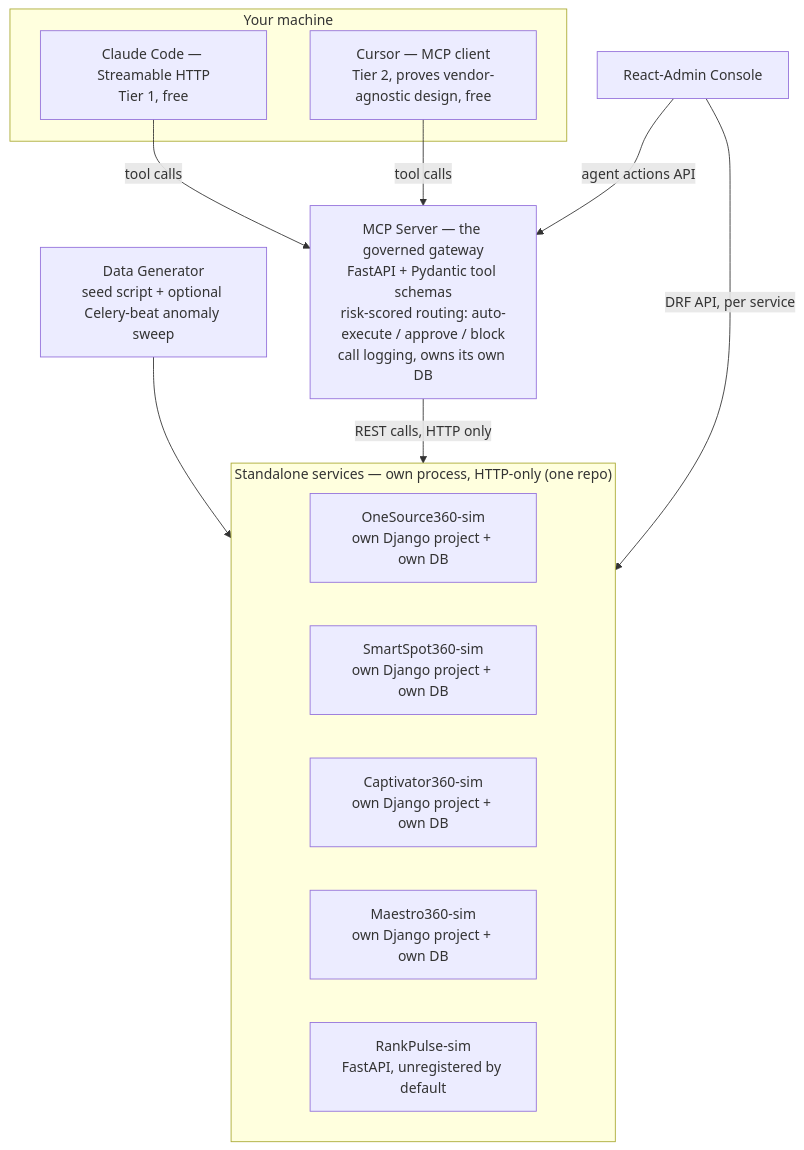
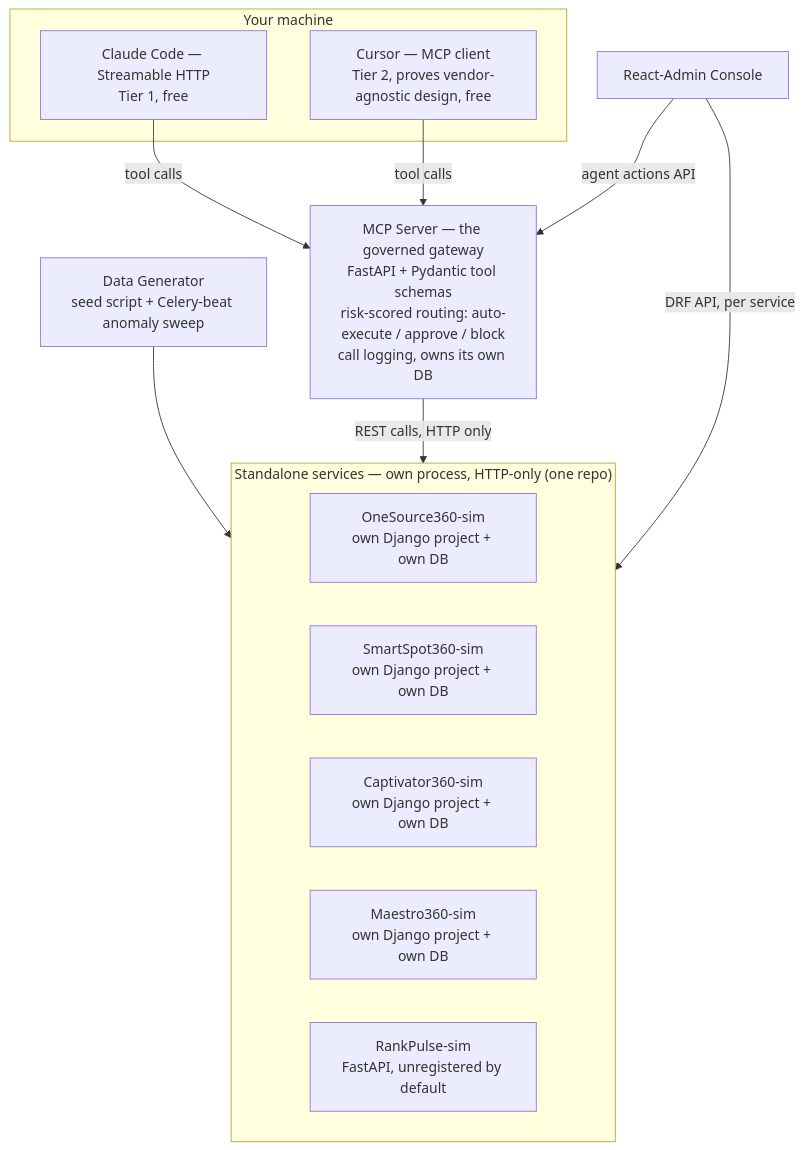
One commit to jeremys26/agentic-demo changed the diagram in PLANNING.md. Above: the diagram before and after it, drawn with Mermaid. The commit also changed other lines of this file and 60 other files, not shown here.

````diff
--- a/PLANNING.md
+++ b/PLANNING.md
@@ -87,25 +87,25 @@
 ```mermaid
 flowchart TB
     subgraph ClaudeSide["Your machine"]
         CC[Claude Code — Streamable HTTP<br/>Tier 1, free]
         CUR[Cursor — MCP client<br/>Tier 2, proves vendor-agnostic design, free]
     end
 
     subgraph Services["Standalone services — own process, HTTP-only (one repo)"]
         OS[OneSource360-sim<br/>own Django project + own DB]
         SS[SmartSpot360-sim<br/>own Django project + own DB]
         CA[Captivator360-sim<br/>own Django project + own DB]
         MA[Maestro360-sim<br/>own Django project + own DB]
         RP[RankPulse-sim<br/>FastAPI, unregistered by default]
     end
 
-    Gen[Data Generator<br/>seed script + optional Celery-beat anomaly sweep] --> Services
+    Gen[Data Generator<br/>seed script + Celery-beat anomaly sweep] --> Services
 
     MCP[MCP Server — the governed gateway<br/>FastAPI + Pydantic tool schemas<br/>risk-scored routing: auto-execute / approve / block<br/>call logging, owns its own DB] -->|REST calls, HTTP only| Services
 
     CC -->|tool calls| MCP
     CUR -->|tool calls| MCP
 
     UI[React-Admin Console] -->|DRF API, per service| Services
     UI -->|agent actions API| MCP
 ```
````
